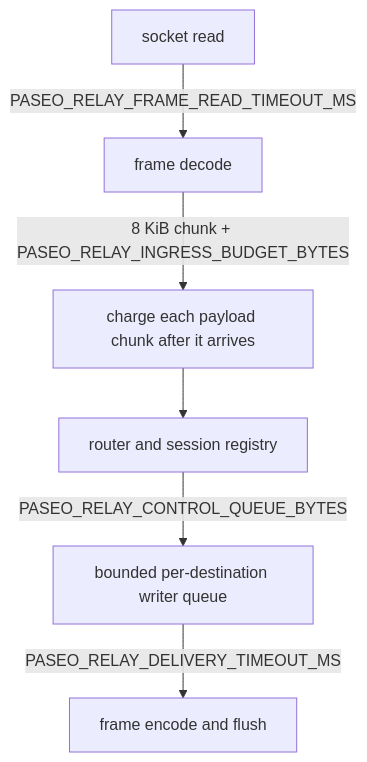
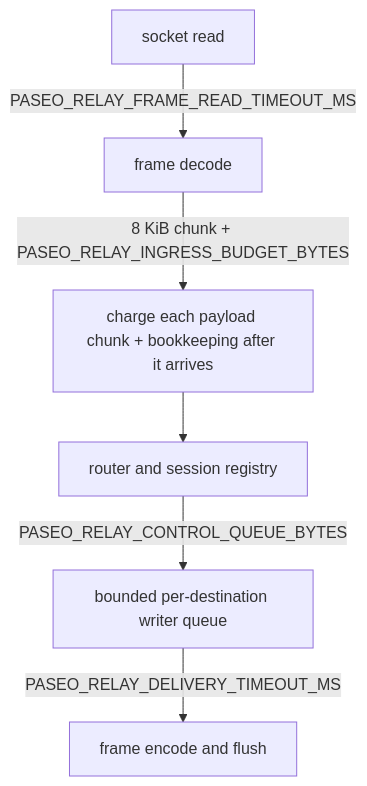
One commit to kfxhjz/paseo-relay changed the diagram in docs/configuration.md. Above: the diagram before and after it, drawn with Mermaid. The commit also changed other lines of this file and 22 other files, not shown here.

````diff
--- a/docs/configuration.md
+++ b/docs/configuration.md
@@ -53,8 +54,8 @@
 ```mermaid
 flowchart TD
   A["socket read"] -->|"PASEO_RELAY_FRAME_READ_TIMEOUT_MS"| B["frame decode"]
-  B -->|"8 KiB chunk + PASEO_RELAY_INGRESS_BUDGET_BYTES"| C["charge each payload chunk after it arrives"]
+  B -->|"8 KiB chunk + PASEO_RELAY_INGRESS_BUDGET_BYTES"| C["charge each payload chunk + bookkeeping after it arrives"]
   C --> D["router and session registry"]
   D -->|"PASEO_RELAY_CONTROL_QUEUE_BYTES"| E["bounded per-destination writer queue"]
   E -->|"PASEO_RELAY_DELIVERY_TIMEOUT_MS"| F["frame encode and flush"]
 ```
````
